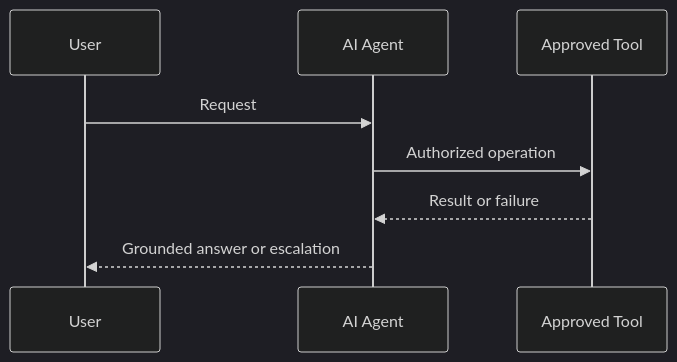
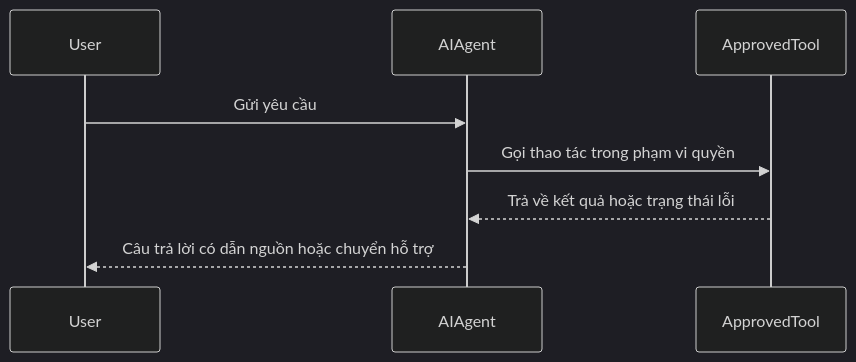
The second of 4 diagrams in docs/current/08 - Diagram Standards/Diagram Standards.md (thinh1995/blueprint-ai), drawn with Mermaid (dark theme) before and after one commit. The commit also changed other lines of this file and 63 other files, not shown here.

````diff
--- a/docs/current/08 - Diagram Standards/Diagram Standards.md
+++ b/docs/current/08 - Diagram Standards/Diagram Standards.md
@@ -42,10 +43,10 @@
 ```mermaid
 sequenceDiagram
   participant U as User
-  participant A as AI Agent
-  participant T as Approved Tool
-  U->>A: Request
-  A->>T: Authorized operation
-  T-->>A: Result or failure
-  A-->>U: Grounded answer or escalation
+  participant A as AIAgent
+  participant T as ApprovedTool
+  U->>A: Gửi yêu cầu
+  A->>T: Gọi thao tác trong phạm vi quyền
+  T-->>A: Trả về kết quả hoặc trạng thái lỗi
+  A-->>U: Câu trả lời có dẫn nguồn hoặc chuyển hỗ trợ
 ```
````
